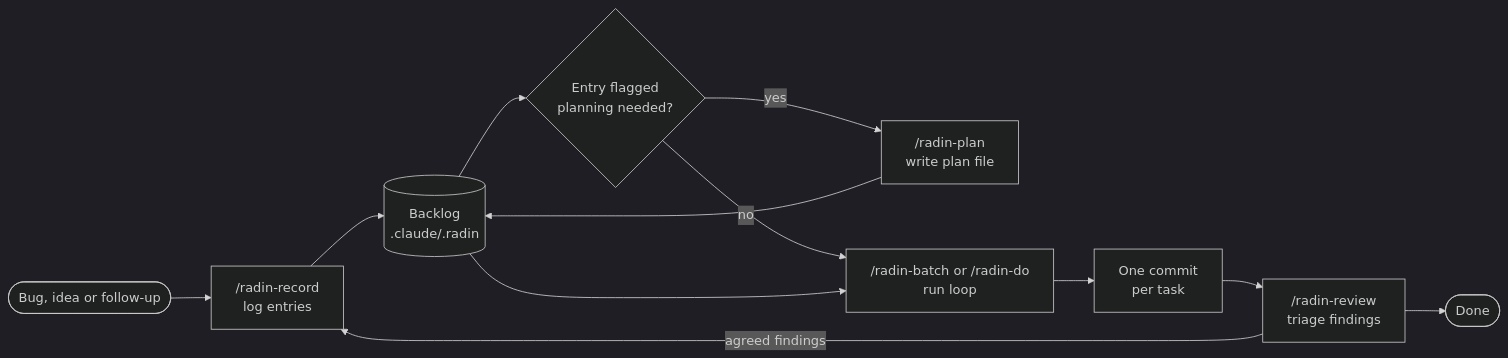
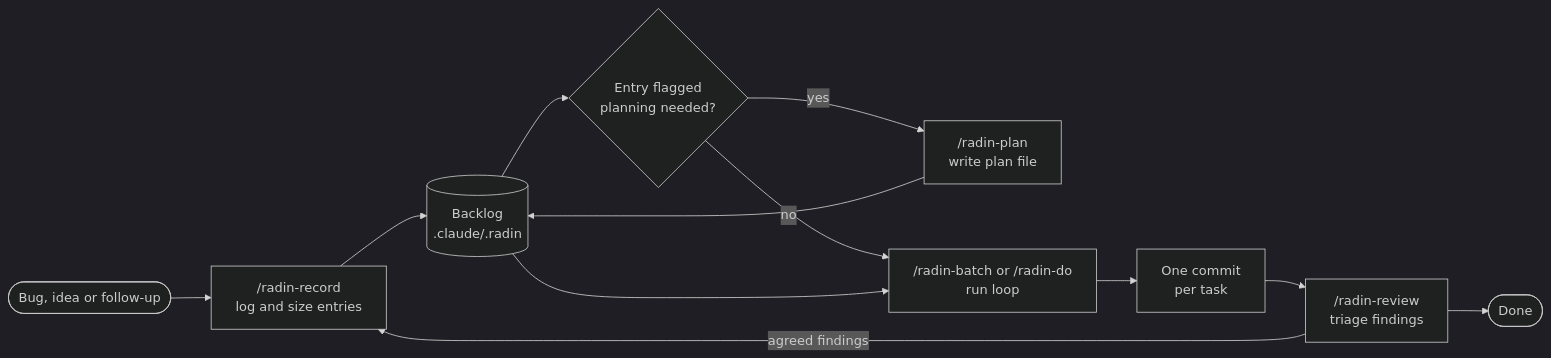
One commit to shortcuts/radin changed the diagram in docs/lifecycle/skills.mmd. Above: the diagram before and after it, drawn with Mermaid (dark theme). The commit also changed 15 other files, not shown here.

First line of the commit message:
fix: size tasks at record and plan time, not in a dispatch of their own

```diff
--- a/docs/lifecycle/skills.mmd
+++ b/docs/lifecycle/skills.mmd
@@ -1,12 +1,12 @@
 flowchart LR
-  idea([Bug, idea or follow-up]) --> record["/radin-record<br/>log entries"]
+  idea([Bug, idea or follow-up]) --> record["/radin-record<br/>log and size entries"]
   record --> backlog[(Backlog<br/>.claude/.radin)]
   backlog --> flag{Entry flagged<br/>planning needed?}
   flag -- yes --> plan["/radin-plan<br/>write plan file"]
   plan --> backlog
   flag -- no --> run
   backlog --> run["/radin-batch or /radin-do<br/>run loop"]
   run --> commits[One commit<br/>per task]
   commits --> review["/radin-review<br/>triage findings"]
   review -- agreed findings --> record
   review --> done([Done])
```
